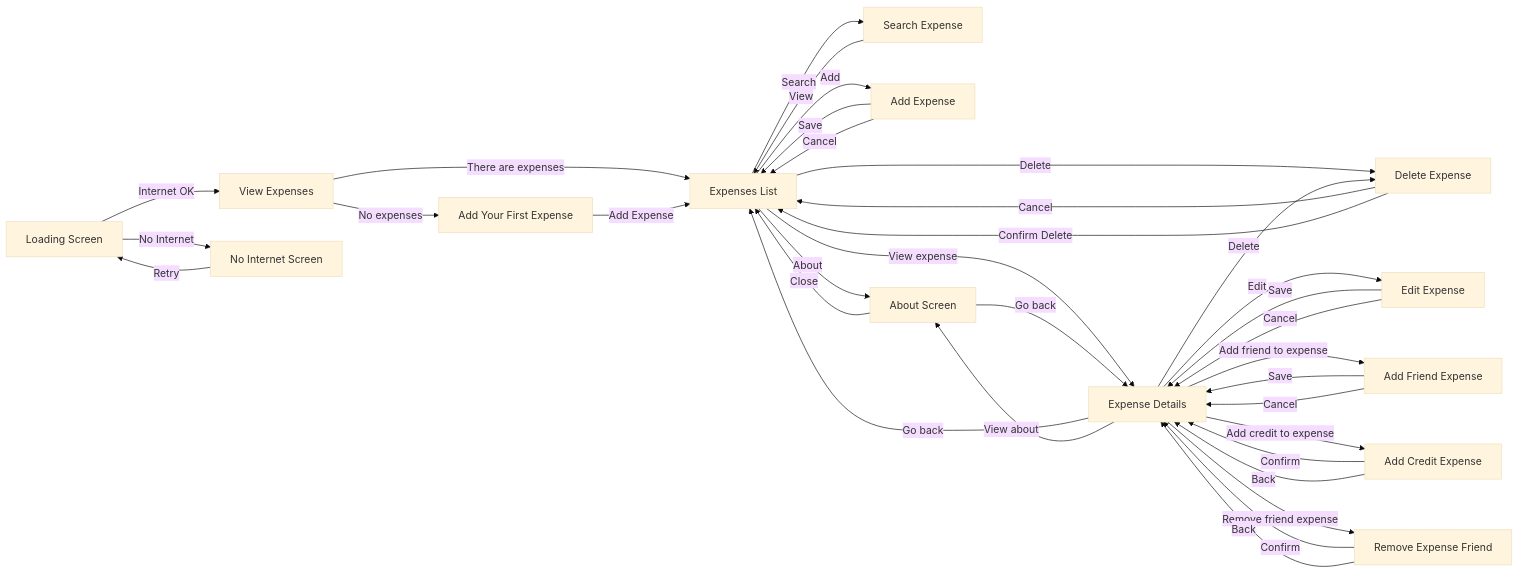
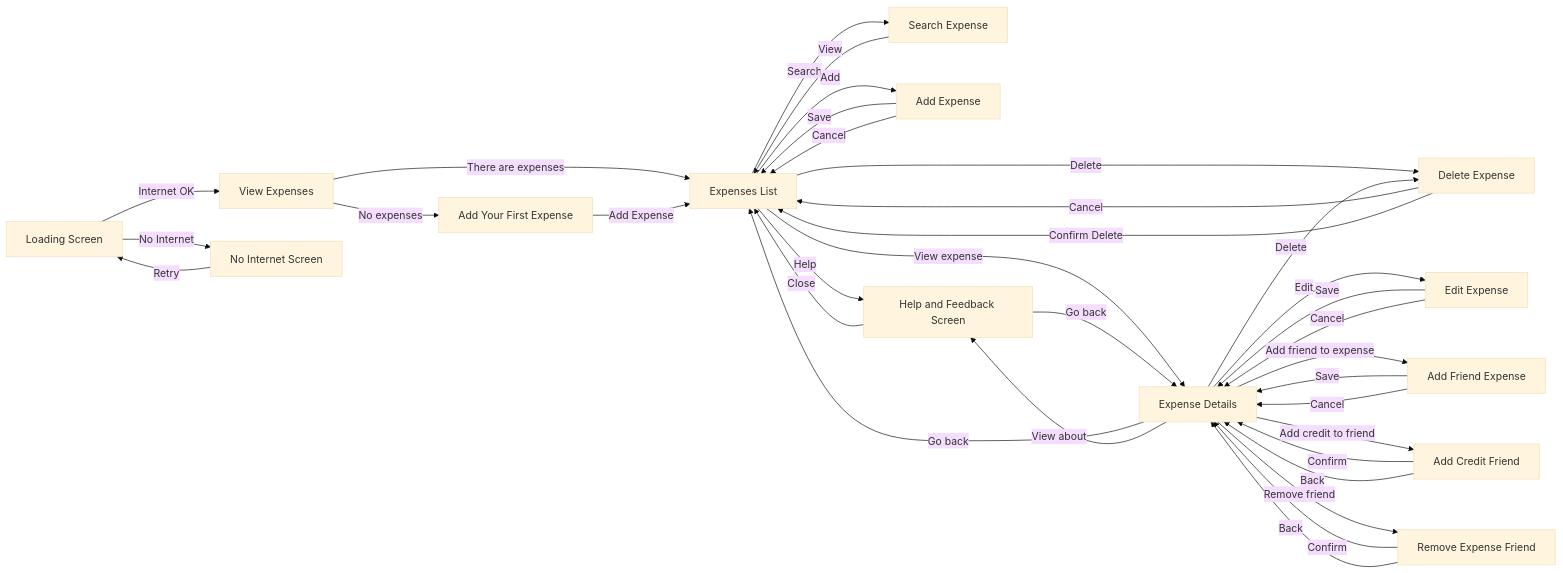
One commit to alexborrazasm/ipm changed the second of 2 diagrams in docs/diseño-iu.md. Above: the diagram before and after it, drawn with Mermaid (base theme). The commit also changed other lines of this file and 12 other files, not shown here.

````diff
--- a/docs/diseño-iu.md
+++ b/docs/diseño-iu.md
@@ -97,53 +89,53 @@
 ```mermaid
 flowchart LR
 
     A[Loading Screen] -->|Internet OK| B[View Expenses]
     A -->|No Internet| C[No Internet Screen]
 
     B -->|There are expenses| D[Expenses List]
     B -->|No expenses| E[Add Your First Expense]
 
     D -->|Search| F[Search Expense]
     D -->|Add| G[Add Expense]
-    D -->|About| H[About Screen]
+    D -->|Help| H[Help and Feedback Screen]
     D -->|View expense| I[Expense Details]
     D -->|Delete| J[Delete Expense]
 
     I -->|Go back| D
     I -->|View about| H
     I -->|Delete| J
     I -->|Edit| L[Edit Expense]
     I -->|Add friend to expense| M[Add Friend Expense]
-    I -->|Add credit to expense| N[Add Credit Expense]
-    I -->|Remove friend expense| O[Remove Expense Friend]
+    I -->|Add credit to friend| N[Add Credit Friend]
+    I -->|Remove friend| O[Remove Expense Friend]
 
     O -->|Confirm| I
     O -->|Back| I
 
     H -->|Go back| I
     
     N -->|Confirm| I
     N -->|Back| I
 
     M -->|Save| I
     M -->|Cancel| I
 
     L -->|Save| I
     L -->|Cancel| I
 
     J -->|Cancel| D
     J -->|Confirm Delete| D
 
     G -->|Save| D
     G -->|Cancel| D
 
     H -->|Close| D
 
     F -->|View| D
 
     E -->|Add Expense| D
 
     C -->|Retry| A
 
 
 ```
````
